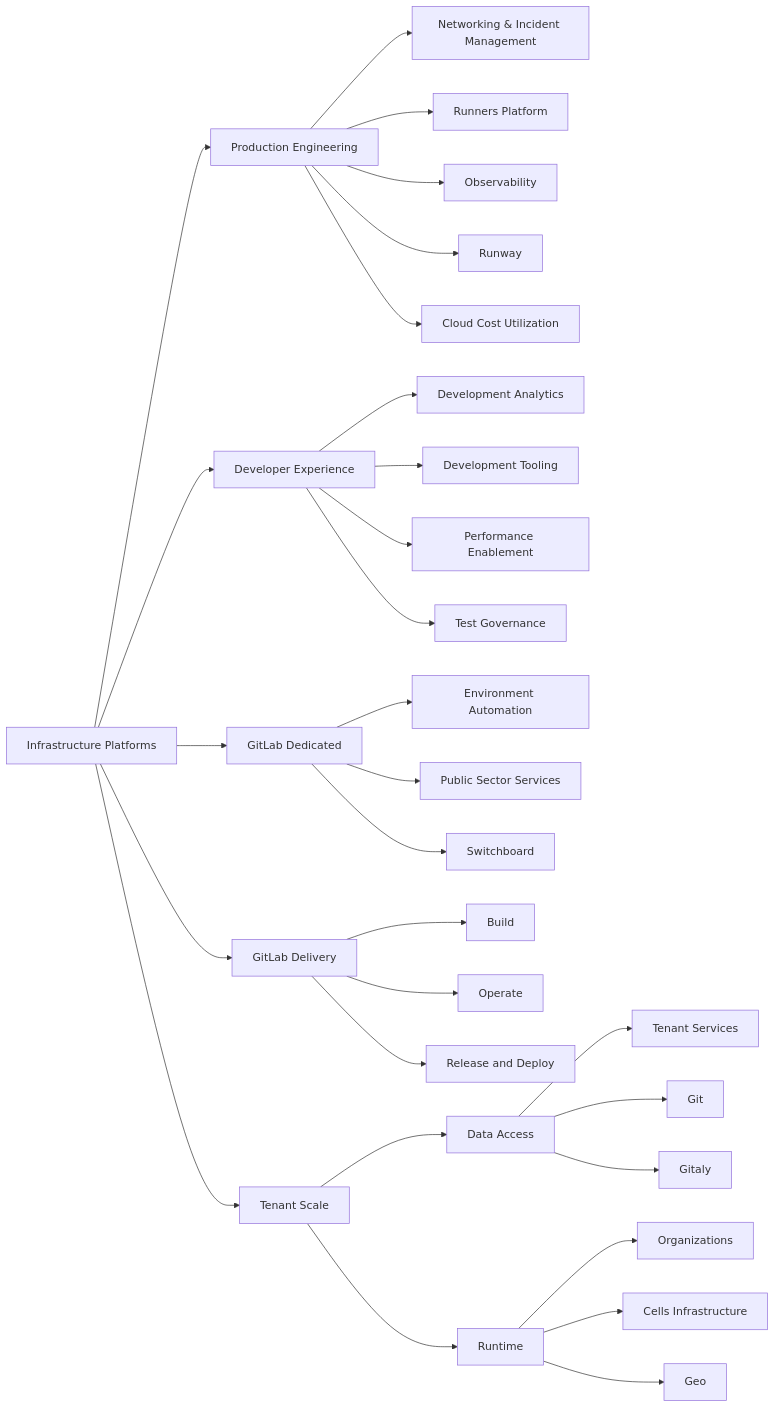
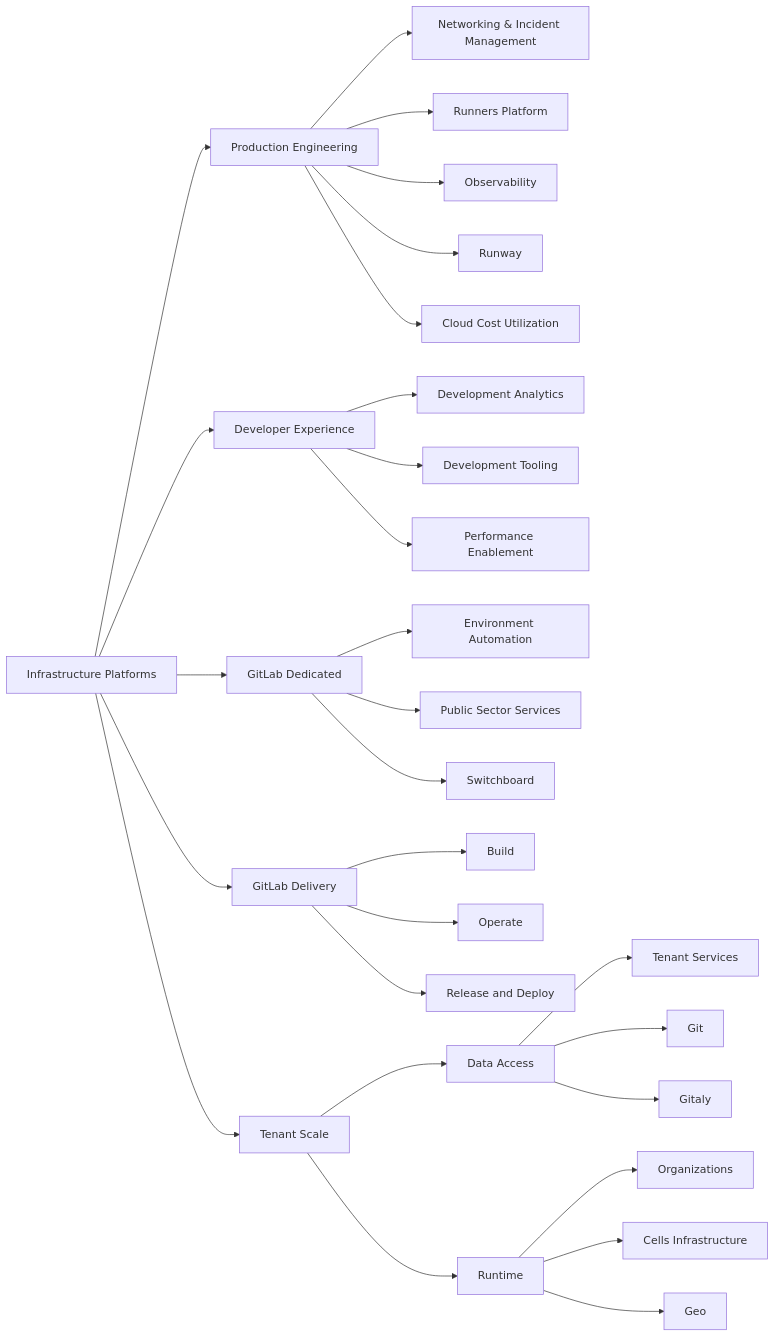
Before and after one commit to kyama0/gitlab-handbook-ja: the diagram in content/handbook/engineering/infrastructure-platforms/_index.md, drawn with Mermaid. The commit also changed other lines of this file and 65 other files, not shown here.

````diff
--- a/content/handbook/engineering/infrastructure-platforms/_index.md
+++ b/content/handbook/engineering/infrastructure-platforms/_index.md
@@ -36,71 +36,69 @@
 ```mermaid
 flowchart LR
     I[Infrastructure Platforms]
     click I "/handbook/engineering/infrastructure-platforms/"
 
     I --> DE[Developer Experience]
     click DE "/handbook/engineering/infrastructure-platforms/developer-experience/"
 
     I --> GD[GitLab Dedicated]
     click GD "/handbook/engineering/infrastructure-platforms/gitlab-dedicated/"
     I --> PRODENG[Production Engineering]
     click PRODEND "/handbook/engineering/infrastructure-platforms/production-engineering/"
     I --> SD[GitLab Delivery]
     click SD "/handbook/engineering/infrastructure-platforms/gitlab-delivery/"
     I --> TS[Tenant Scale]
     click TS "/handbook/engineering/infrastructure-platforms/tenant-scale/"
 
     PRODENG --> NIM[Networking & Incident Management]
     click NIM "/handbook/engineering/infrastructure-platforms/production-engineering/networking-and-incident-management/"
     PRODENG --> Runners[Runners Platform]
     click Runners "/handbook/engineering/infrastructure-platforms/production-engineering/runners-platform/"
     PRODENG --> Observability
     click Observability "/handbook/engineering/infrastructure-platforms/production-engineering/observability/"
     PRODENG --> Runway
     click Runway "/handbook/engineering/infrastructure-platforms/gitlab-delivery/runway/"
     PRODENG --> CCU[Cloud Cost Utilization]
     click CCU "/handbook/engineering/infrastructure-platforms/production-engineering/cloud-cost-utilization/"
 
     DE --> DevA[Development Analytics]
     click DevA "/handbook/engineering/infrastructure-platforms/developer-experience/development-analytics/"
 
     DE --> DT[Development Tooling]
     click DT "/handbook/engineering/infrastructure-platforms/developer-experience/development-tooling/"
     DE --> PER[Performance Enablement]
     click PER "/handbook/engineering/infrastructure-platforms/developer-experience/performance-enablement/"
-    DE --> TG[Test Governance]
-    click TG "/handbook/engineering/infrastructure-platforms/developer-experience/test-governance/"
 
     GD --> E[Environment Automation]
     click E "/handbook/engineering/infrastructure-platforms/gitlab-dedicated/environment-automation/"
     GD --> PSS[Public Sector Services]
     click PSS "/handbook/engineering/infrastructure-platforms/gitlab-dedicated/us-public-sector-services/"
     GD --> Switchboard
     click Switchboard "/handbook/engineering/infrastructure-platforms/gitlab-dedicated/switchboard/"
 
     SD --> B[Build]
     click B "/handbook/engineering/infrastructure-platforms/gitlab-delivery/distribution/"
     SD --> Operate
     click Operate "/handbook/engineering/infrastructure-platforms/gitlab-delivery/operate/"
     SD --> R[Release and Deploy]
     click R "/handbook/engineering/infrastructure-platforms/gitlab-delivery/delivery/"
 
     TS --> DA[Data Access]
     click DA "/handbook/engineering/infrastructure-platforms/data-access/"
 
     DA --> TSV[Tenant Services]
     click TSV "/handbook/engineering/infrastructure-platforms/tenant-scale/tenant-services/"
     DA --> Git
     click Git "/handbook/engineering/infrastructure-platforms/tenant-scale/git/"
     DA --> Gitaly
     click Gitaly "/handbook/engineering/infrastructure-platforms/tenant-scale/gitaly/"
 
     TS --> RT[Runtime]
     click RT "/handbook/engineering/infrastructure-platforms/tenant-scale/"
     RT --> Organizations
     click Organizations "/handbook/engineering/infrastructure-platforms/tenant-scale/organizations/"
     RT --> CI[Cells Infrastructure]
     click CI "/handbook/engineering/infrastructure-platforms/tenant-scale/cells-infrastructure/"
     RT --> Geo
     click Geo "/handbook/engineering/infrastructure-platforms/tenant-scale/geo/"
 ```
````
